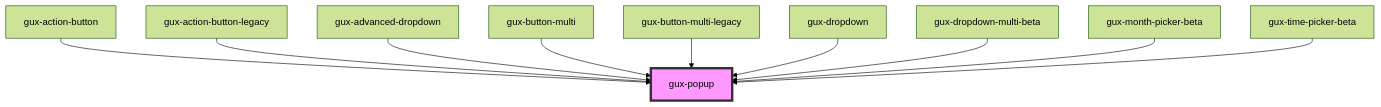
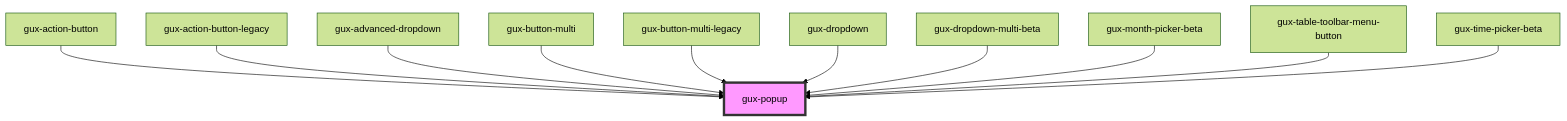
Before and after one commit to MyPureCloud/genesys-spark: the diagram in src/components/stable/gux-popup/readme.md, drawn with Mermaid (forest theme). The commit also changed other lines of this file and 33 other files, not shown here.

````diff
--- a/src/components/stable/gux-popup/readme.md
+++ b/src/components/stable/gux-popup/readme.md
@@ -47,13 +48,14 @@
 ```mermaid
 graph TD;
   gux-action-button --> gux-popup
   gux-action-button-legacy --> gux-popup
   gux-advanced-dropdown --> gux-popup
   gux-button-multi --> gux-popup
   gux-button-multi-legacy --> gux-popup
   gux-dropdown --> gux-popup
   gux-dropdown-multi-beta --> gux-popup
   gux-month-picker-beta --> gux-popup
+  gux-table-toolbar-menu-button --> gux-popup
   gux-time-picker-beta --> gux-popup
   style gux-popup fill:#f9f,stroke:#333,stroke-width:4px
 ```
````
